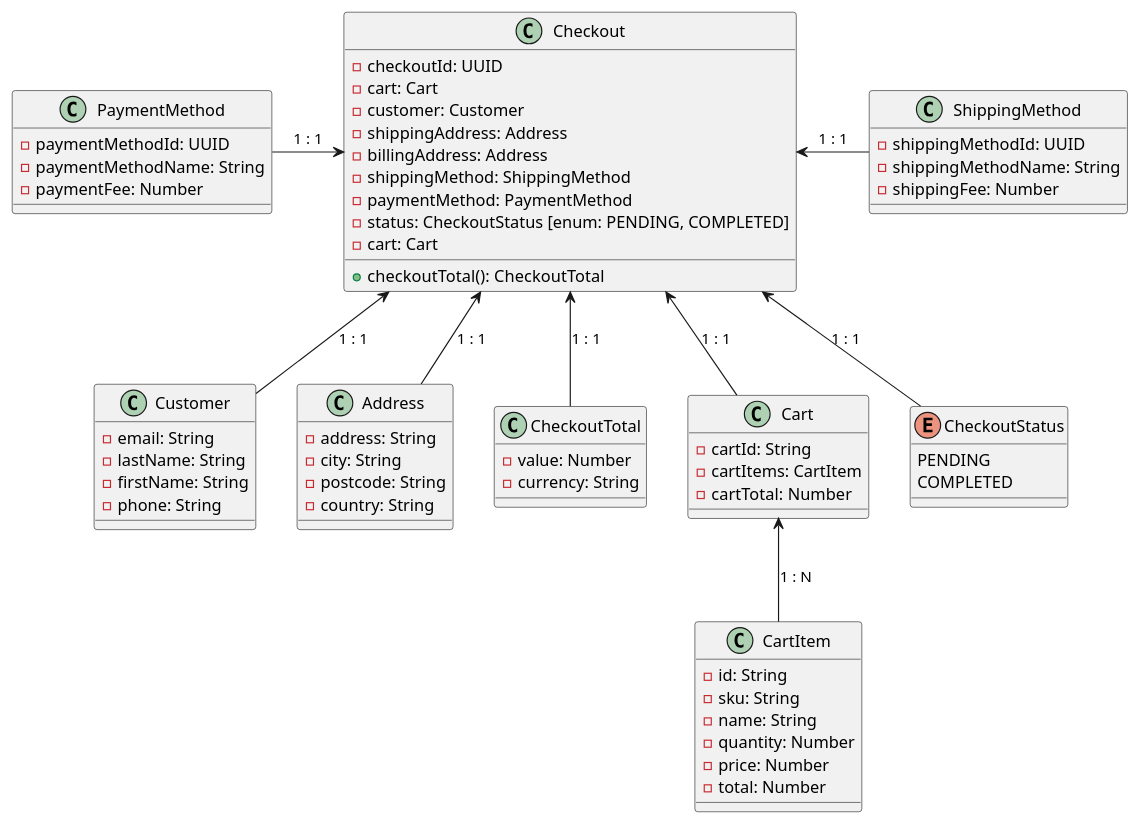
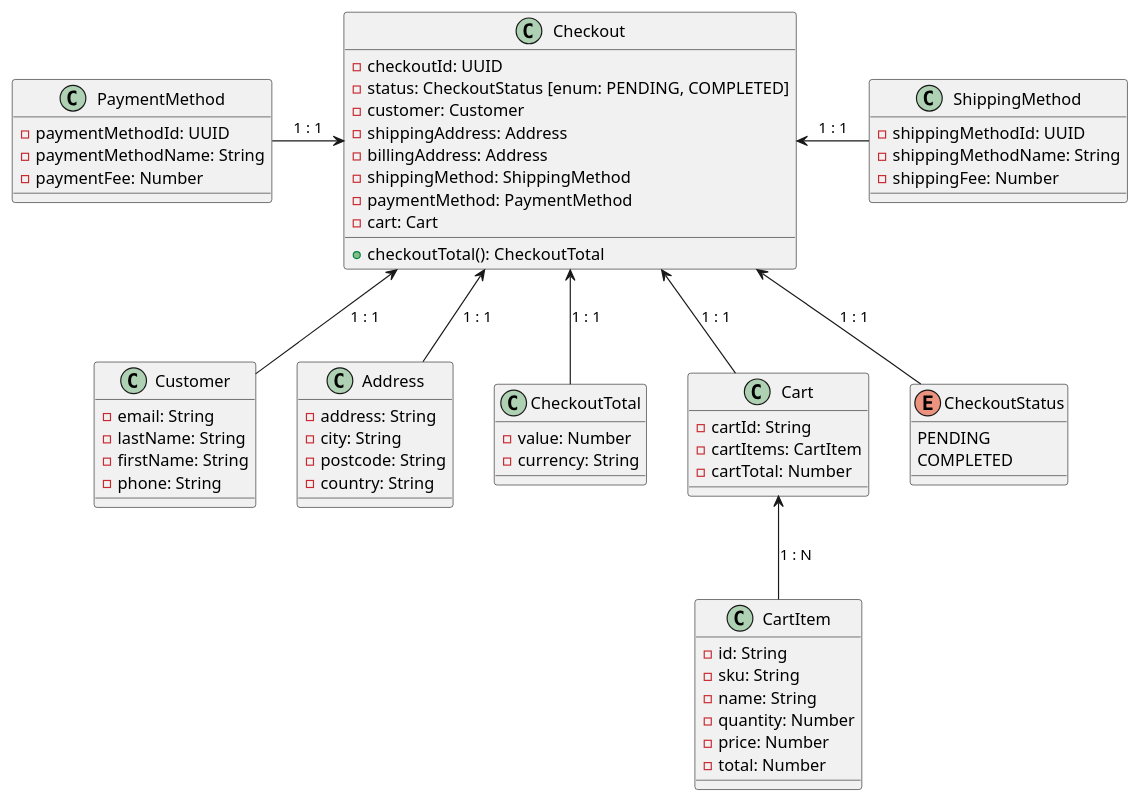
One commit to ngabesz/storefrontdemo changed the first of 2 diagrams in Checkout/App/docs/api.adoc. Above: the diagram before and after it, drawn with PlantUML. The commit also changed 1 other file, not shown here.

Commit message:
checkout object

```diff
--- a/Checkout/App/docs/api.adoc
+++ b/Checkout/App/docs/api.adoc
@@ -155,75 +155,74 @@
 [plantuml]
 ----
 class Checkout {
     - checkoutId: UUID
-    - cart: Cart
+    - status: CheckoutStatus [enum: PENDING, COMPLETED]
     - customer: Customer
     - shippingAddress: Address
     - billingAddress: Address
     - shippingMethod: ShippingMethod
     - paymentMethod: PaymentMethod
-    - status: CheckoutStatus [enum: PENDING, COMPLETED]
+    + checkoutTotal(): CheckoutTotal
     - cart: Cart
-    + checkoutTotal(): CheckoutTotal
 }
 
 class Customer {
     - email: String
     - lastName: String
     - firstName: String
     - phone: String
 }
 
 class Address {
     - address: String
     - city: String
     - postcode: String
     - country: String
 }
 
 class ShippingMethod {
     - shippingMethodId: UUID
     - shippingMethodName: String
     - shippingFee: Number
 }
 
 class PaymentMethod {
     - paymentMethodId: UUID
     - paymentMethodName: String
     - paymentFee: Number
 }
 
 class CheckoutTotal {
     - value: Number
     - currency: String
 }
 
 class Cart {
     - cartId: String
     - cartItems: CartItem
     - cartTotal: Number
 }
 
 class CartItem {
     - id: String
     - sku: String
     - name: String
     - quantity: Number
     - price: Number
     - total: Number
 }
 
 enum CheckoutStatus {
     PENDING
     COMPLETED
 }
 
 Checkout <-- Customer : 1 : 1
 Checkout <-- Address : 1 : 1
 Checkout <- ShippingMethod : 1 : 1
 PaymentMethod -> Checkout : 1 : 1
 Checkout <-- CheckoutStatus : 1 : 1
 Checkout <-- CheckoutTotal : 1 : 1
 Checkout <-- Cart : 1 : 1
 Cart <-- CartItem : 1 : N
 ----
```
